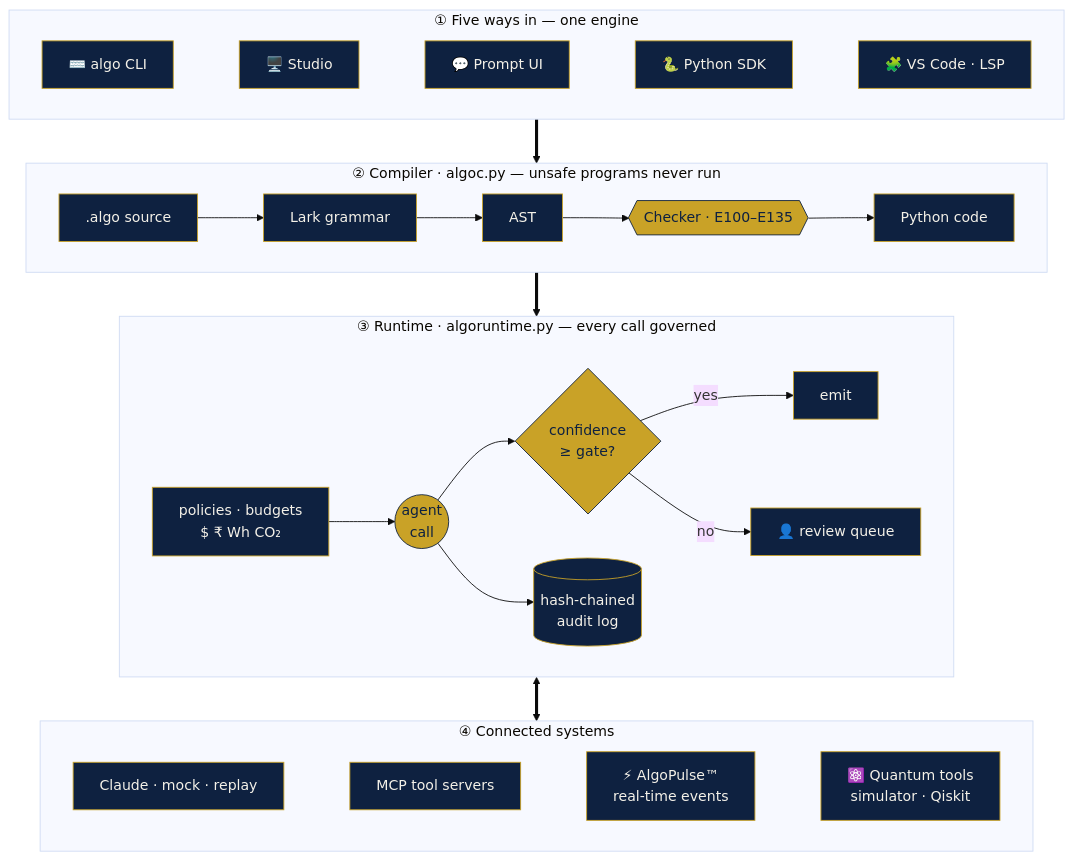
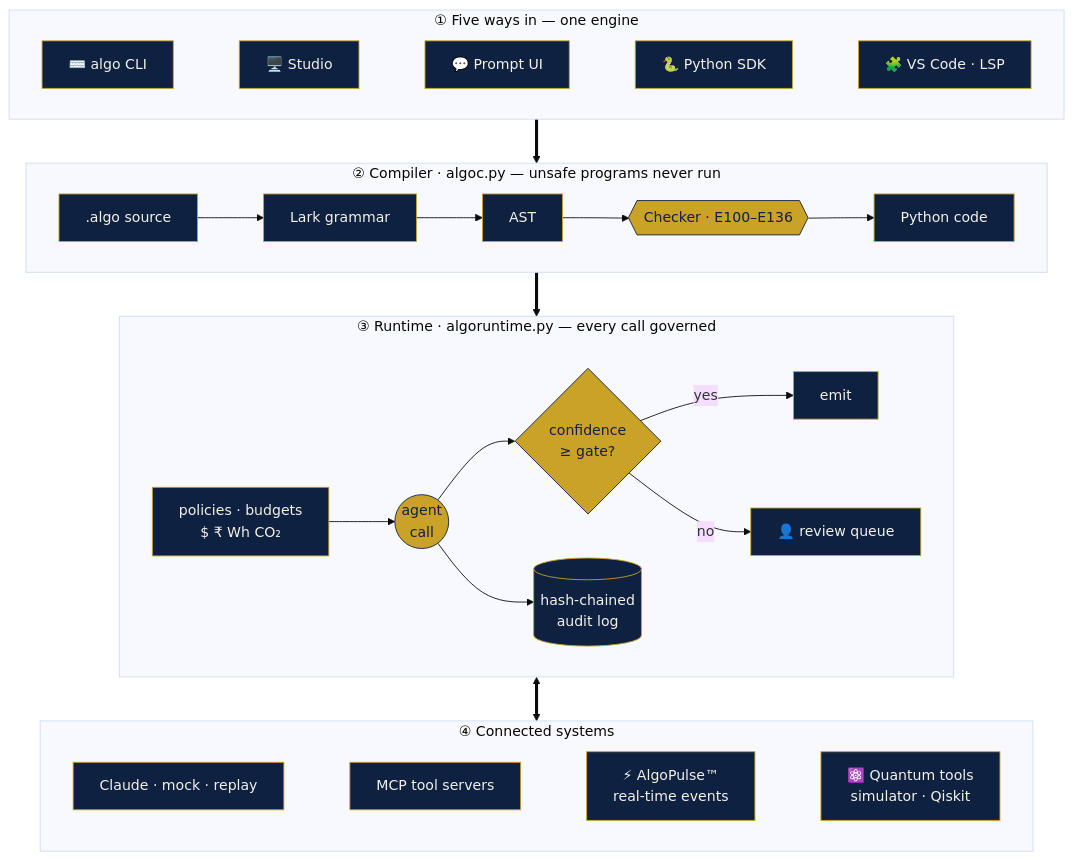
Before and after one commit to drssnaiml1-cell/algolang: the first of 4 diagrams in README.md, drawn with Mermaid (base theme). The commit also changed other lines of this file and 36 other files, not shown here.

````diff
--- a/README.md
+++ b/README.md
@@ -66,28 +66,28 @@
 ```mermaid
 flowchart TB
     subgraph DOORS["① Five ways in — one engine"]
         direction LR
         CLI["⌨️ algo CLI"] ~~~ STU["🖥️ Studio"] ~~~ PUI["💬 Prompt UI"] ~~~ SDK["🐍 Python SDK"] ~~~ LSP["🧩 VS Code · LSP"]
     end
     subgraph COMPILER["② Compiler · algoc.py — unsafe programs never run"]
         direction LR
-        SRC[".algo source"] --> PARSE["Lark grammar"] --> AST["AST"] --> CHK{{"Checker · E100–E135"}} --> GEN["Python code"]
+        SRC[".algo source"] --> PARSE["Lark grammar"] --> AST["AST"] --> CHK{{"Checker · E100–E136"}} --> GEN["Python code"]
     end
     subgraph RUNTIME["③ Runtime · algoruntime.py — every call governed"]
         direction LR
         POL["policies · budgets<br/>$ ₹ Wh CO₂"] --> CALL(("agent<br/>call")) --> GATE{"confidence<br/>≥ gate?"}
         GATE -- yes --> OUT["emit"]
         GATE -- no --> HUM["👤 review queue"]
         CALL --> AUD[("hash-chained<br/>audit log")]
     end
     subgraph WORLD["④ Connected systems"]
         direction LR
         LLM["Claude · mock · replay"] ~~~ MCP["MCP tool servers"] ~~~ KAF["⚡ AlgoPulse™<br/>real-time events"] ~~~ QPU["⚛️ Quantum tools<br/>simulator · Qiskit"]
     end
     DOORS ==> COMPILER ==> RUNTIME <==> WORLD
 
     classDef navy fill:#0e2140,stroke:#c9a227,color:#f4f1e8;
     classDef gold fill:#c9a227,stroke:#0e2140,color:#0e2140;
     class CLI,STU,PUI,SDK,LSP,SRC,PARSE,AST,GEN,POL,OUT,LLM,MCP,KAF,QPU,HUM,AUD navy;
     class CHK,CALL,GATE gold;
 ```
````
